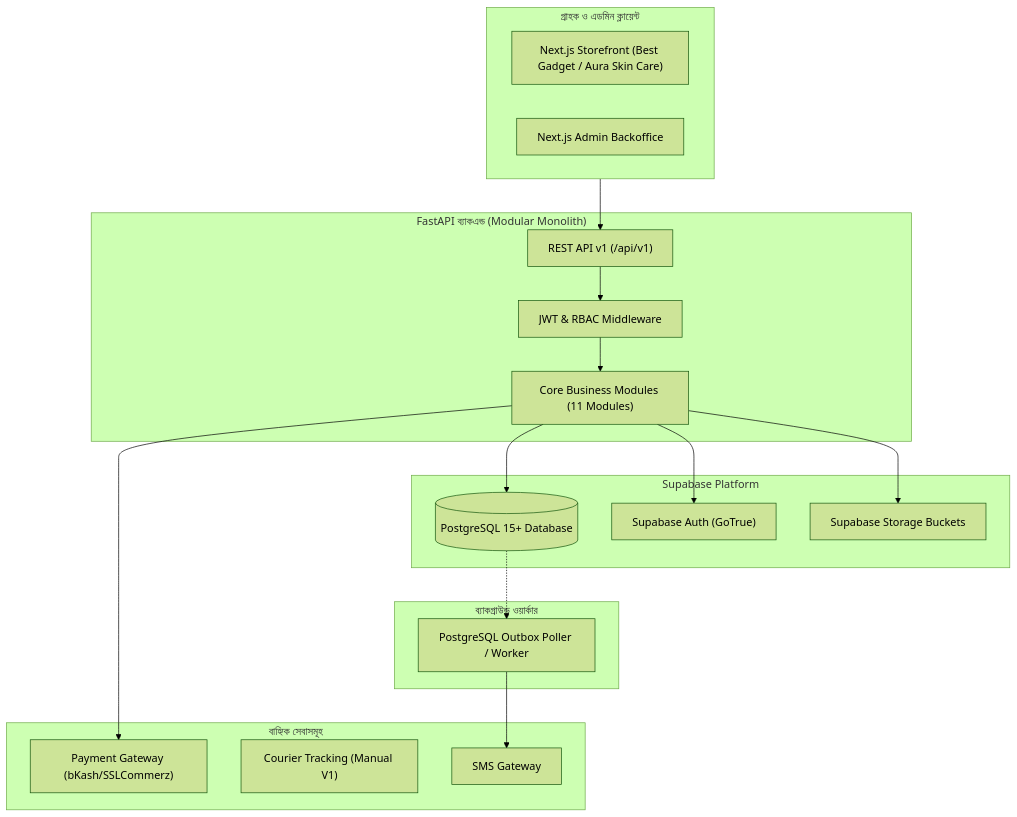
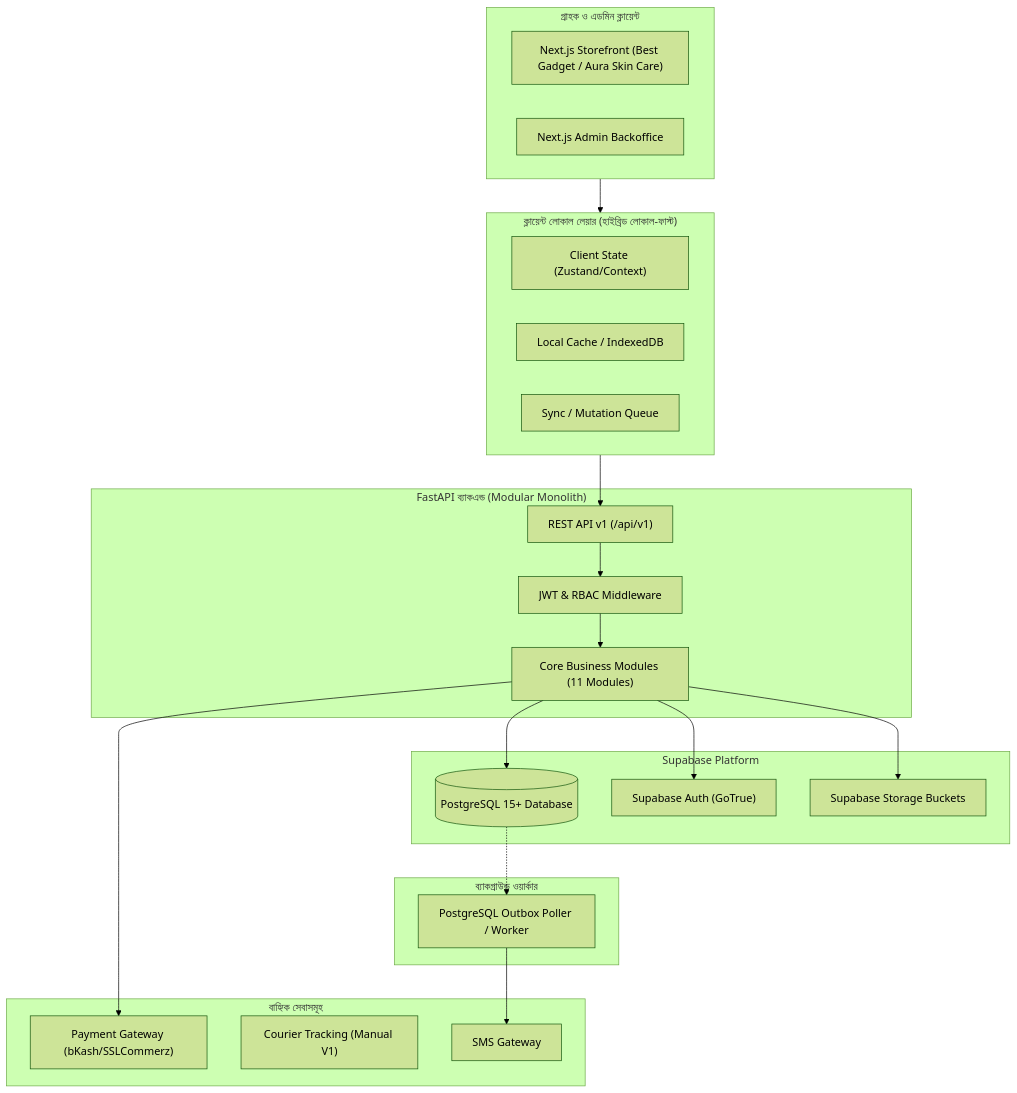
One commit to navilo77/Aurabell changed the diagram in AURA_BELL_PROJECT_BLUEPRINT/04_SYSTEM_ARCHITECTURE/SYSTEM_ARCHITECTURE.md. Above: the diagram before and after it, drawn with Mermaid (forest theme). The commit also changed other lines of this file and 15 other files, not shown here.

Commit message:
docs: finalize hybrid local-first architecture documentation

````diff
--- a/AURA_BELL_PROJECT_BLUEPRINT/04_SYSTEM_ARCHITECTURE/SYSTEM_ARCHITECTURE.md
+++ b/AURA_BELL_PROJECT_BLUEPRINT/04_SYSTEM_ARCHITECTURE/SYSTEM_ARCHITECTURE.md
@@ -18,39 +18,46 @@
 ```mermaid
 flowchart TD
     subgraph Clients["গ্রাহক ও এডমিন ক্লায়েন্ট"]
         WebCustomer["Next.js Storefront (Best Gadget / Aura Skin Care)"]
         WebAdmin["Next.js Admin Backoffice"]
+    end
+
+    subgraph ClientLocalLayer["ক্লায়েন্ট লোকাল লেয়ার (হাইব্রিড লোকাল-ফাস্ট)"]
+        ClientState["Client State (Zustand/Context)"]
+        IndexedDB["Local Cache / IndexedDB"]
+        SyncQueue["Sync / Mutation Queue"]
     end
 
     subgraph BackendGateway["FastAPI ব্যাকএন্ড (Modular Monolith)"]
         API["REST API v1 (/api/v1)"]
         AuthLayer["JWT & RBAC Middleware"]
         ModuleLayer["Core Business Modules (11 Modules)"]
     end
 
     subgraph StorageLayer["Supabase Platform"]
         DB[("PostgreSQL 15+ Database")]
         AuthService["Supabase Auth (GoTrue)"]
         FileStore["Supabase Storage Buckets"]
     end
 
     subgraph Workers["ব্যাকগ্রাউন্ড ওয়ার্কার"]
         OutboxWorker["PostgreSQL Outbox Poller / Worker"]
     end
 
     subgraph External["বাহ্যিক সেবাসমূহ"]
         PaymentGW["Payment Gateway (bKash/SSLCommerz)"]
         CourierManual["Courier Tracking (Manual V1)"]
         SMSProvider["SMS Gateway"]
     end
 
-    Clients --> API
+    Clients --> ClientLocalLayer
+    ClientLocalLayer --> API
     API --> AuthLayer
     AuthLayer --> ModuleLayer
     ModuleLayer --> DB
     ModuleLayer --> AuthService
     ModuleLayer --> FileStore
     DB -.-> OutboxWorker
     OutboxWorker --> SMSProvider
     ModuleLayer --> PaymentGW
 ```
````
